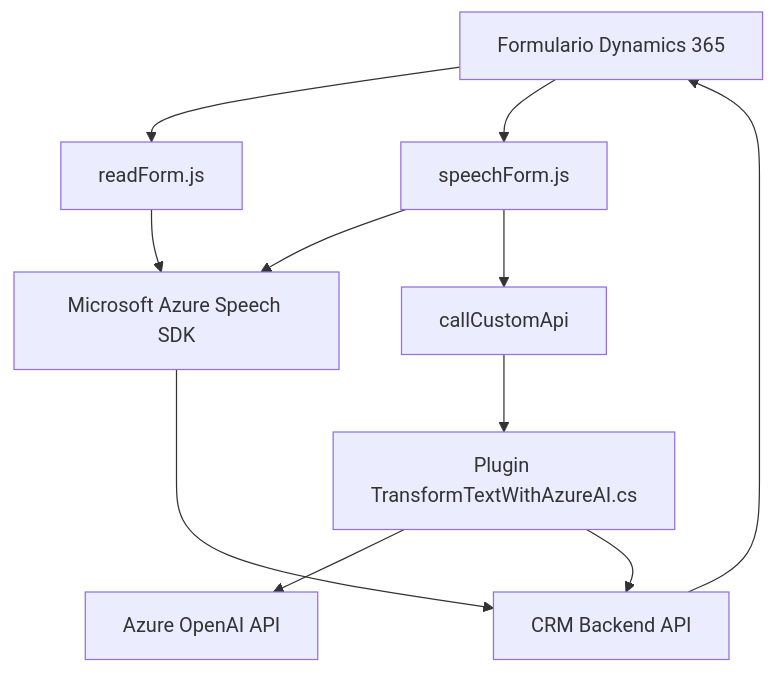
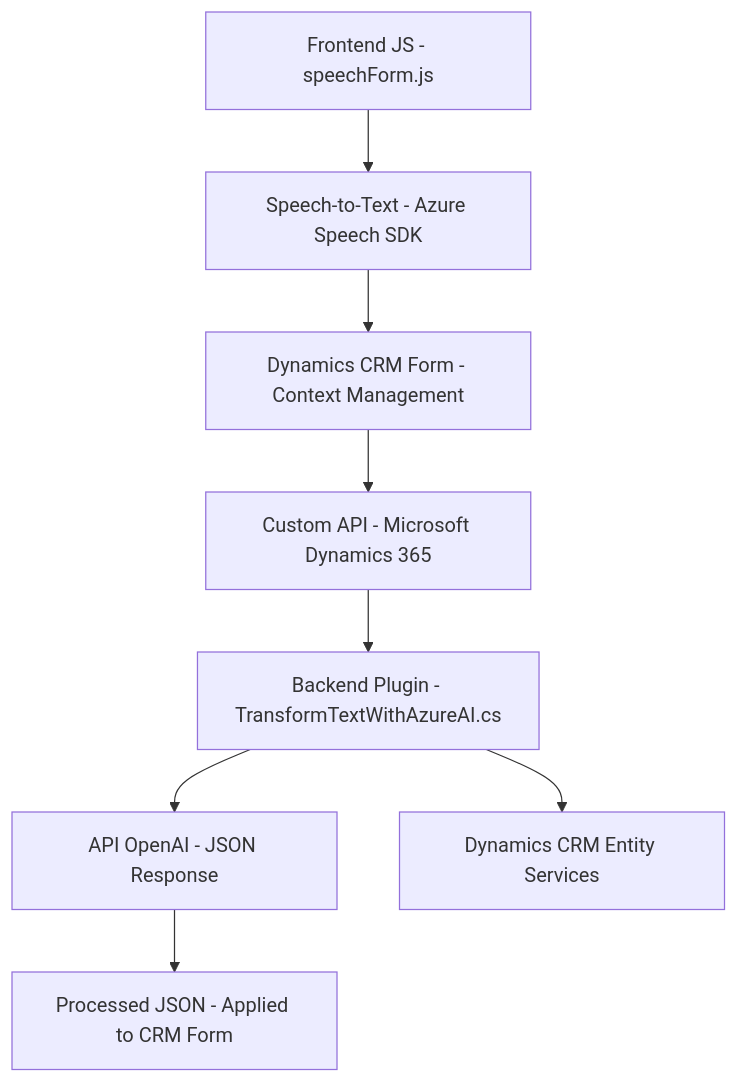
The diagram in README.md (blopezdm/NETCORE_BILBAO2025), drawn with Mermaid before and after one commit. The commit also changed other lines of this file, not shown here.

````diff
--- a/README.md
+++ b/README.md
@@ -40,13 +57,10 @@
 ```mermaid
 graph TD
-    A["Formulario Dynamics 365"] --> B["readForm.js"]
-    A --> C["speechForm.js"]
-    B --> D["Microsoft Azure Speech SDK"]
-    C --> D
-    C --> E["callCustomApi"]
-    E --> F["Plugin TransformTextWithAzureAI.cs"]
-    F --> G["Azure OpenAI API"]
-    F --> H["CRM Backend API"]
-    D --> H
-    H --> A
+  A["Frontend JS - speechForm.js"] --> B["Speech-to-Text - Azure Speech SDK"]
+  B --> C["Dynamics CRM Form - Context Management"]
+  C --> D["Custom API - Microsoft Dynamics 365"]
+  D --> F["Backend Plugin - TransformTextWithAzureAI.cs"]
+  F --> G["API OpenAI - JSON Response"]
+  G --> H["Processed JSON - Applied to CRM Form"]
+  F --> I["Dynamics CRM Entity Services"]
 ```
````
